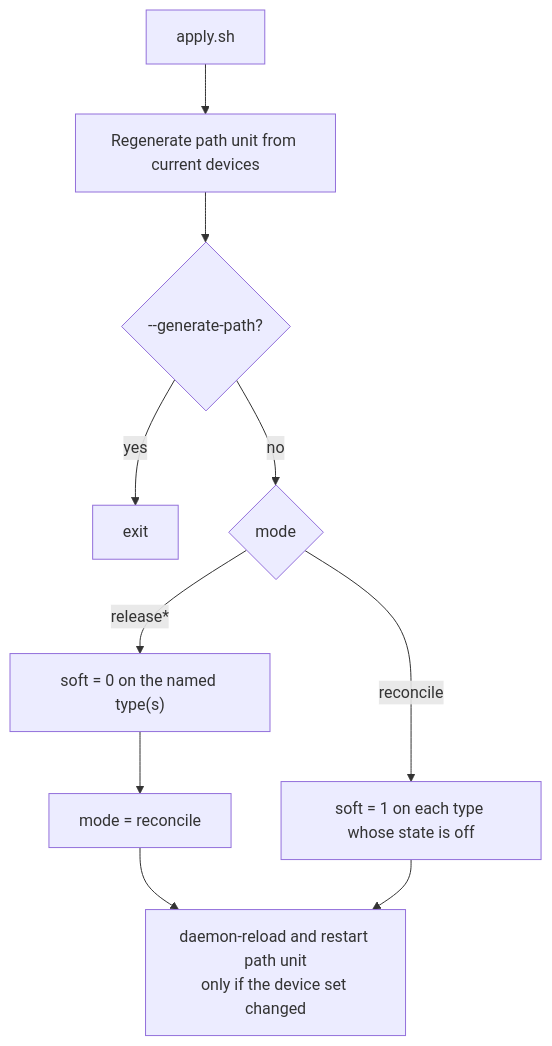
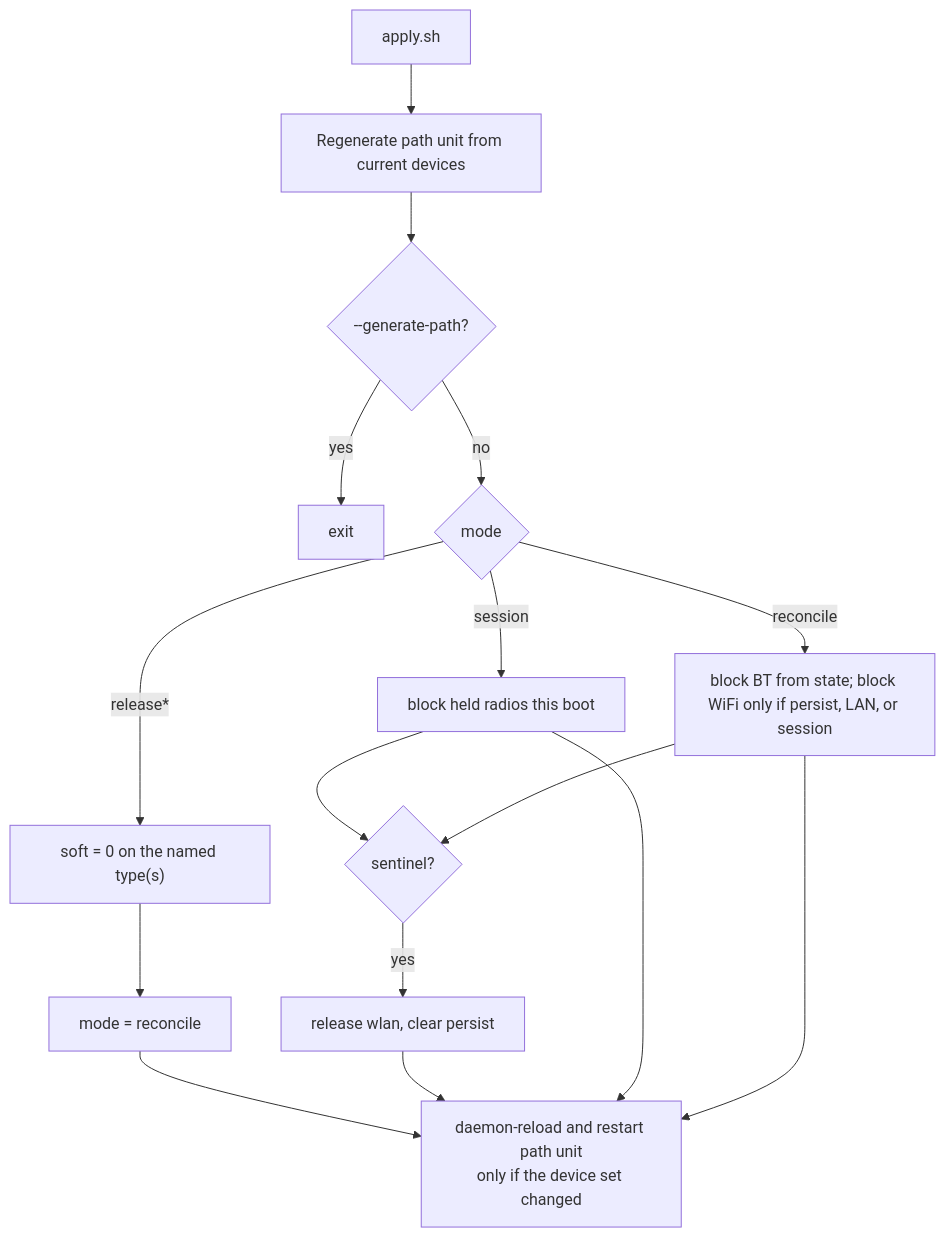
One commit to Hodor90/volumio-plugins-sources-bookworm changed the second of 4 diagrams in flightmode/README.md. Above: the diagram before and after it, drawn with Mermaid. The commit also changed other lines of this file and 21 other files, not shown here.

````diff
--- a/flightmode/README.md
+++ b/flightmode/README.md
@@ -48,12 +94,18 @@
 ```mermaid
 flowchart TD
   START["apply.sh"] --> GEN["Regenerate path unit from current devices"]
   GEN --> FLAG{"--generate-path?"}
   FLAG -->|yes| EXIT["exit"]
   FLAG -->|no| MODE{"mode"}
   MODE -->|release*| REL["soft = 0 on the named type(s)"]
   REL --> RESET["mode = reconcile"]
-  MODE -->|reconcile| ON["soft = 1 on each type whose state is off"]
+  MODE -->|session| SES["block held radios this boot"]
+  MODE -->|reconcile| REC["block BT from state; block WiFi only if persist, LAN, or session"]
+  SES --> SENT{"sentinel?"}
+  REC --> SENT
+  SENT -->|yes| FORCE["release wlan, clear persist"]
   RESET --> RELOAD
-  ON --> RELOAD["daemon-reload and restart path unit<br/>only if the device set changed"]
+  FORCE --> RELOAD
+  SES --> RELOAD
+  REC --> RELOAD["daemon-reload and restart path unit<br/>only if the device set changed"]
 ```
````
